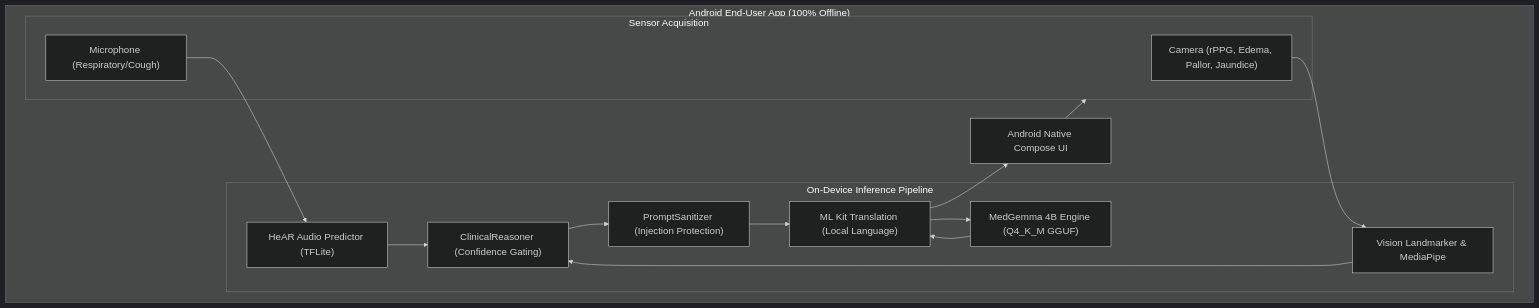
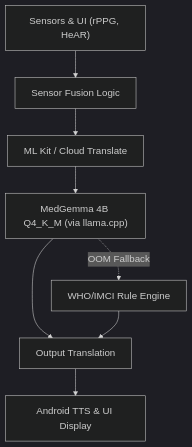
Before and after one commit to Elormyevu/nku-medgemma-conversion: the diagram in architecture.mmd, drawn with Mermaid. The commit also changed 25 other files, not shown here.

Commit message:
feat: add MedGemma differential diagnoses to inference prompt and UI

```diff
--- a/architecture.mmd
+++ b/architecture.mmd
@@ -1,35 +1,9 @@
 %%{init: {'theme':'dark', 'themeVariables':{'fontSize':'18px'}}}%%
 graph TD
-    %% Mobile Layer
-    subgraph Android["Android End-User App (100% Offline)"]
-        UI["Android Native Compose UI"]
-        
-        %% Sensors
-        subgraph Sensors["Sensor Acquisition"]
-            Cam["Camera (rPPG, Edema, Pallor, Jaundice)"]
-            Mic["Microphone (Respiratory/Cough)"]
-        end
-
-        %% Mobile Inference
-        subgraph MobileInfer["On-Device Inference Pipeline"]
-            AudioProc["HeAR Audio Predictor (TFLite)"]
-            VisionProc["Vision Landmarker & MediaPipe"]
-            Sanitizer["PromptSanitizer (Injection Protection)"]
-            Triage["MedGemma 4B Engine (Q4_K_M GGUF)"]
-            Translator["ML Kit Translation (Local Language)"]
-            Reasoner["ClinicalReasoner (Confidence Gating)"]
-        end
-
-        UI --> Sensors
-        Cam --> VisionProc
-        Mic --> AudioProc
-        
-        VisionProc --> Reasoner
-        AudioProc --> Reasoner
-        
-        Reasoner --> Sanitizer
-        Sanitizer --> Translator
-        Translator --> Triage
-        Triage --> Translator
-        Translator --> UI
-    end
+    Sensors["Sensors & UI (rPPG, HeAR)"] --> Fusion["Sensor Fusion Logic"]
+    Fusion --> TransIn["ML Kit / Cloud Translate"]
+    TransIn --> MedGemma["MedGemma 4B Q4_K_M (via llama.cpp)"]
+    MedGemma -. "OOM Fallback" .-> IMCI["WHO/IMCI Rule Engine"]
+    MedGemma --> TransOut["Output Translation"]
+    IMCI --> TransOut
+    TransOut --> TTS["Android TTS & UI Display"]
```
